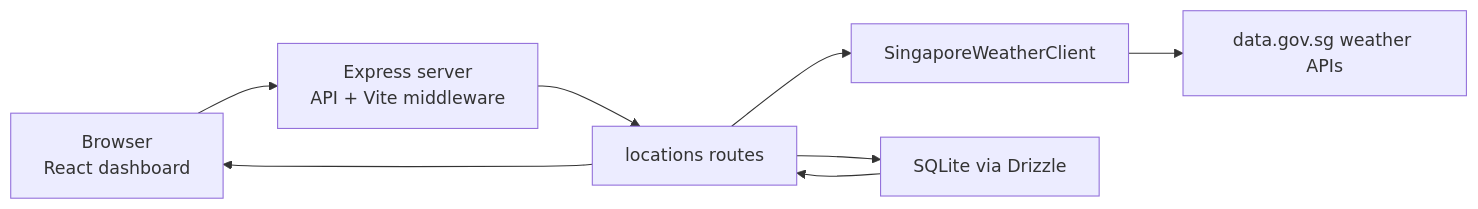
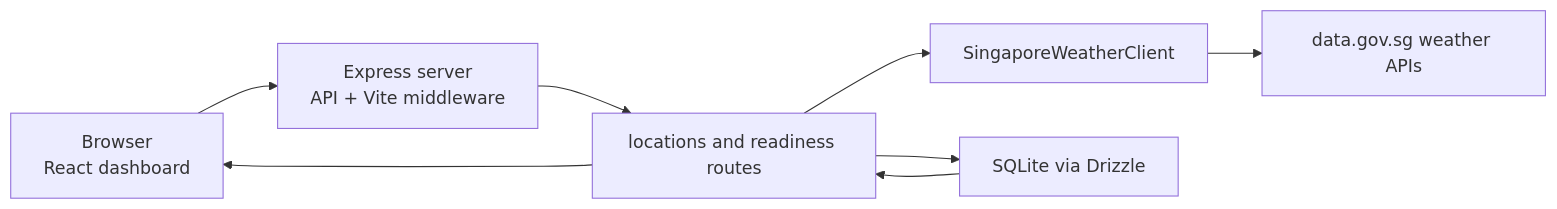
Before and after one commit to optiflow/sg-weather-ops-dashboard: the diagram in docs/ARCHITECTURE.md, drawn with Mermaid. The commit also changed other lines of this file and 52 other files, not shown here.

Commit message:
Refactor weather dashboard data flow and UI

````diff
--- a/docs/ARCHITECTURE.md
+++ b/docs/ARCHITECTURE.md
@@ -24,10 +24,10 @@
 ```mermaid
 flowchart LR
   Browser["Browser\nReact dashboard"] --> Express["Express server\nAPI + Vite middleware"]
-  Express --> Routes["locations routes"]
+  Express --> Routes["locations and readiness routes"]
   Routes --> Weather["SingaporeWeatherClient"]
   Routes --> Db["SQLite via Drizzle"]
   Weather --> Gov["data.gov.sg weather APIs"]
   Db --> Routes
   Routes --> Browser
 ```
````
